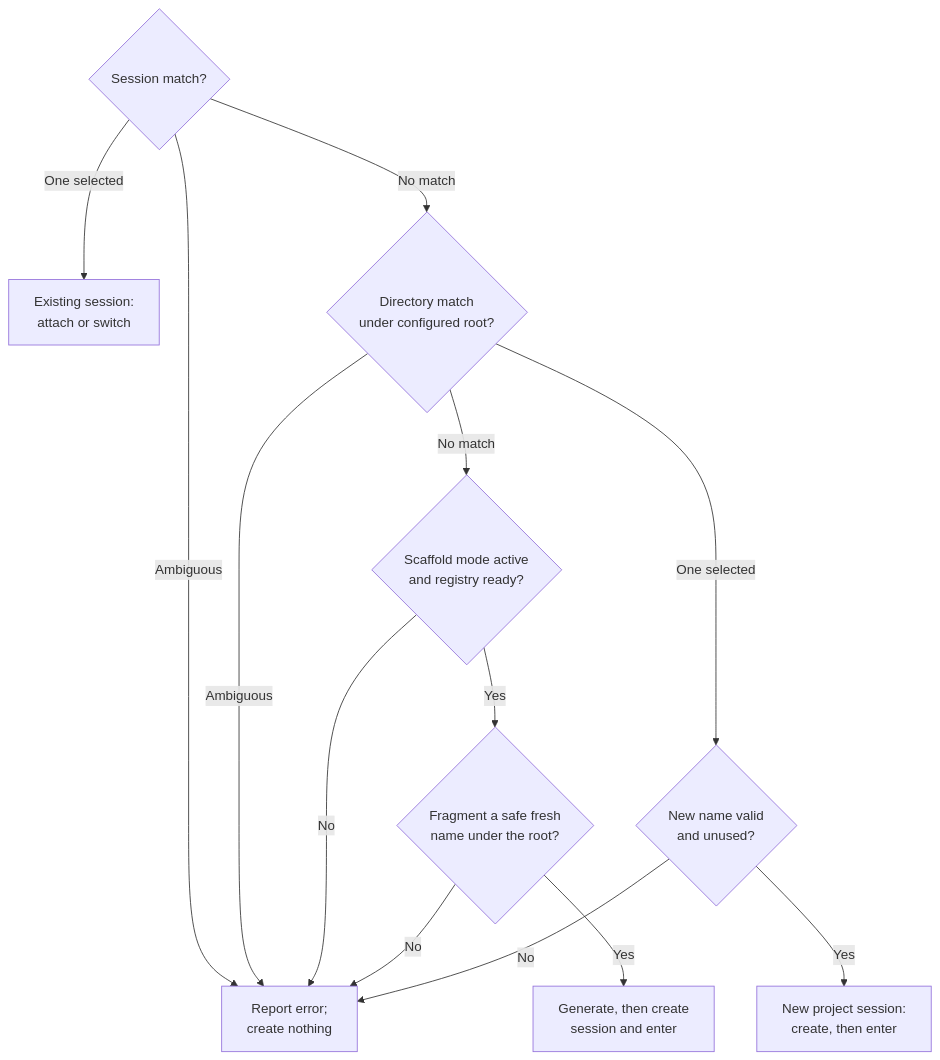
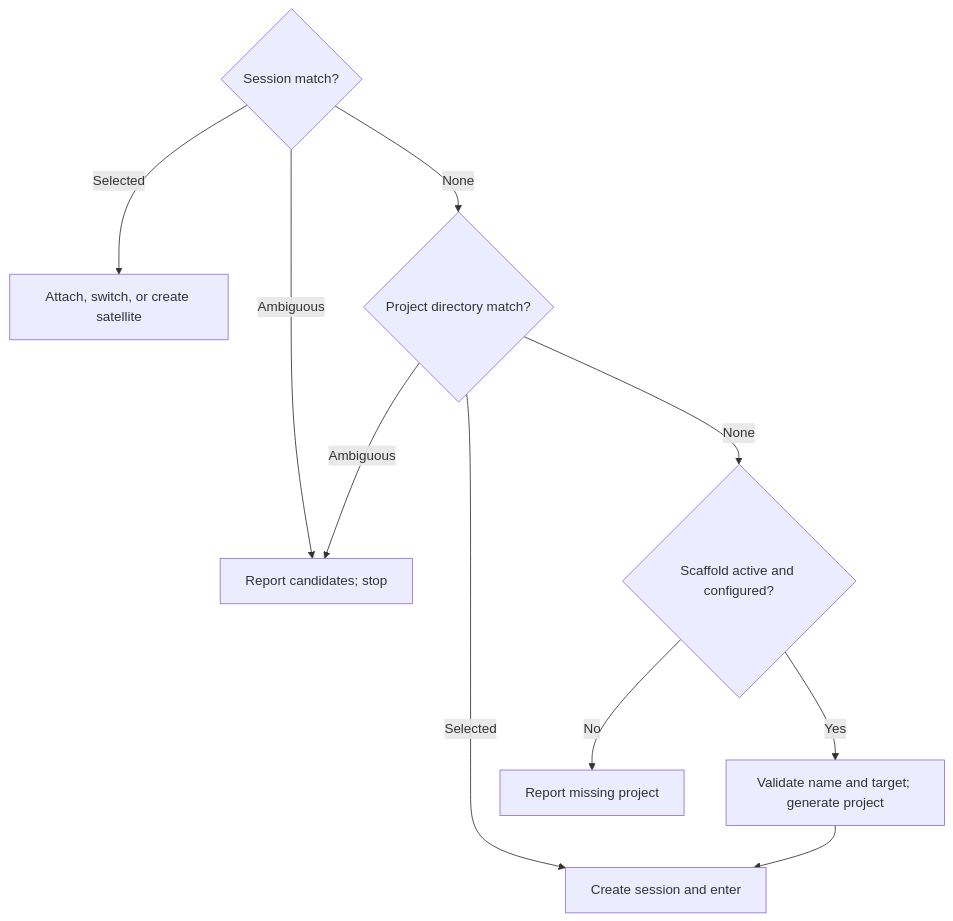
Before and after one commit to rektide/tta: the second of 2 diagrams in README.md, drawn with Mermaid. The commit also changed other lines of this file, not shown here.

Commit message:
Reframe README around project workspaces and shared tmux views

````diff
--- a/README.md
+++ b/README.md
@@ -140,15 +309,12 @@
 ```mermaid
 flowchart TD
-    matchSession{"Session match?"} -->|One selected| useSession["Existing session:<br/>attach or switch"]
-    matchSession -->|Ambiguous| stopResolution["Report error;<br/>create nothing"]
-    matchSession -->|No match| matchProject{"Directory match<br/>under configured root?"}
-    matchProject -->|Ambiguous| stopResolution
-    matchProject -->|No match| scaffold{"Scaffold mode active<br/>and registry ready?"}
-    scaffold -->|No| stopResolution
-    scaffold -->|Yes| validateCreate{"Fragment a safe fresh<br/>name under the root?"}
-    validateCreate -->|No| stopResolution
-    validateCreate -->|Yes| runGenerator["Generate, then create<br/>session and enter"]
-    matchProject -->|One selected| validateName{"New name valid<br/>and unused?"}
-    validateName -->|No| stopResolution
-    validateName -->|Yes| createSession["New project session:<br/>create, then enter"]
+    sessionMatch{"Session match?"} -->|Selected| enterSession["Attach, switch, or create satellite"]
+    sessionMatch -->|Ambiguous| stopResolution["Report candidates; stop"]
+    sessionMatch -->|None| projectMatch{"Project directory match?"}
+    projectMatch -->|Selected| createSession["Create session and enter"]
+    projectMatch -->|Ambiguous| stopResolution
+    projectMatch -->|None| generatorReady{"Scaffold active and configured?"}
+    generatorReady -->|Yes| generateProject["Validate name and target; generate project"]
+    generateProject --> createSession
+    generatorReady -->|No| missingProject["Report missing project"]
 ```
````
